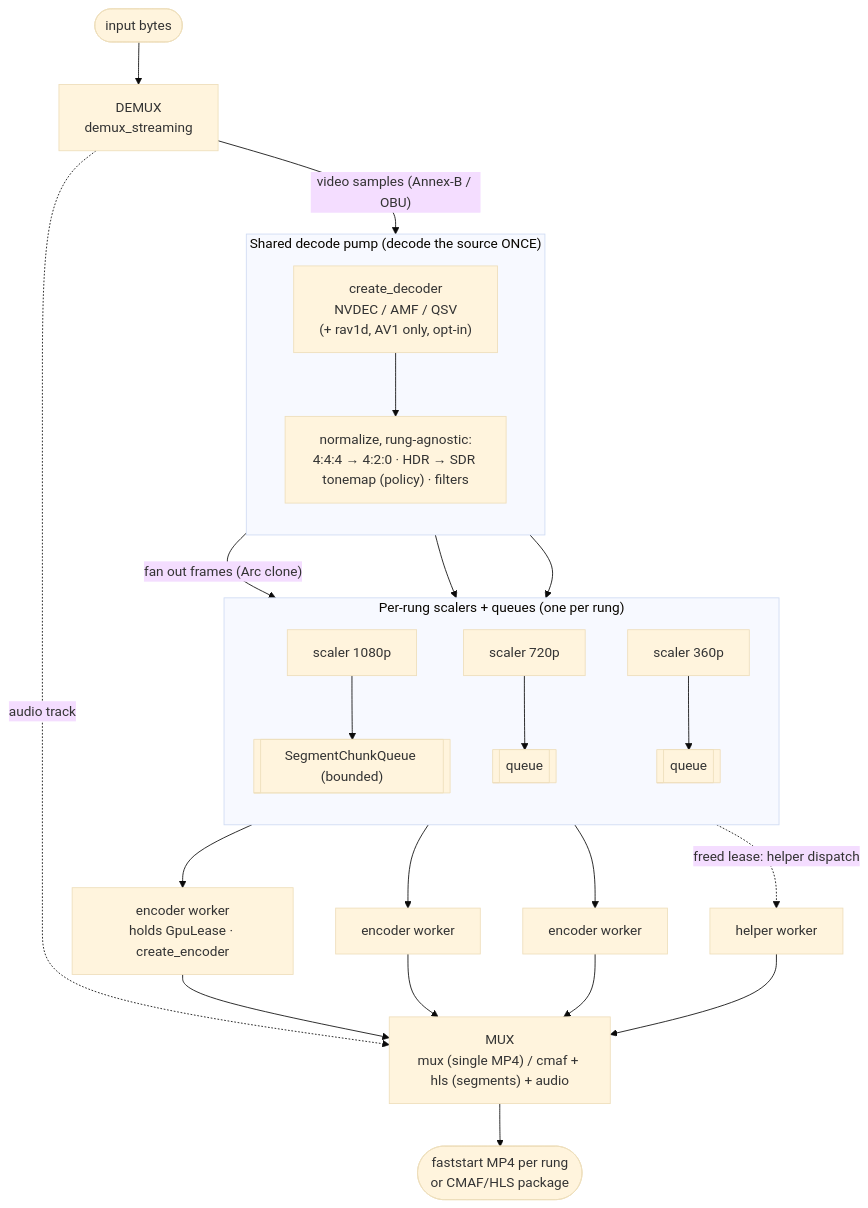
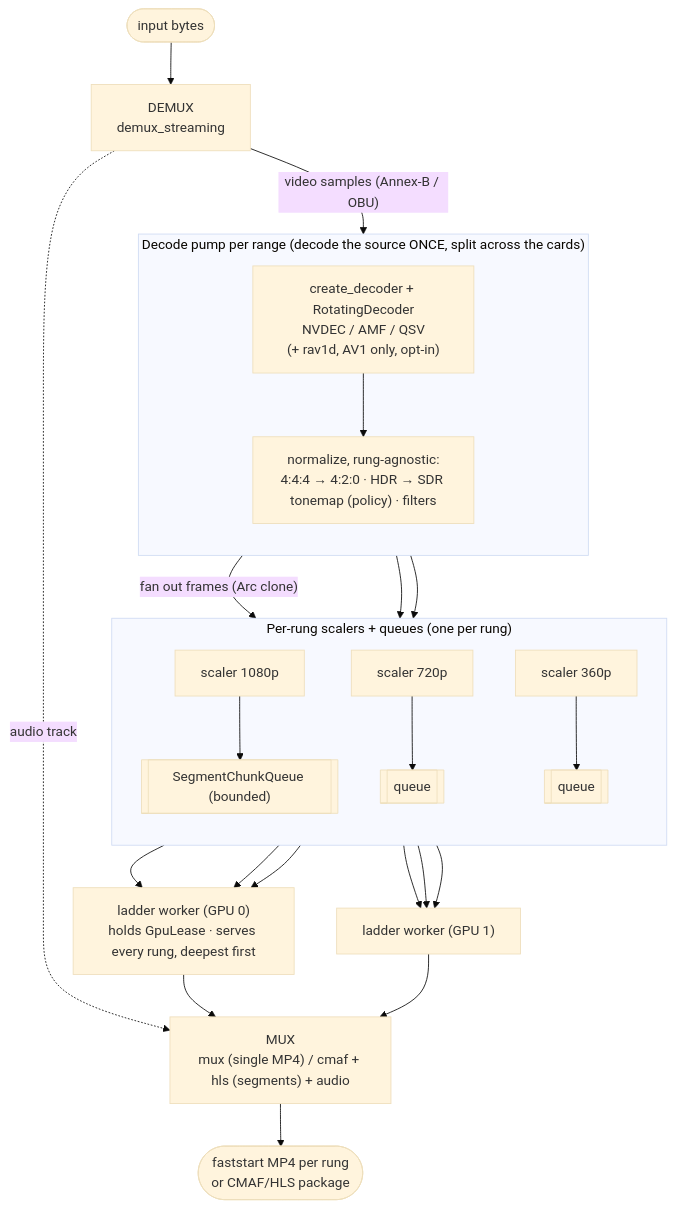
The first of 2 diagrams in docs/pipeline.md (rivet-transcoder/rivet), drawn with Mermaid (base theme) before and after one commit. The commit also changed other lines of this file and 4 other files, not shown here.

````diff
--- a/docs/pipeline.md
+++ b/docs/pipeline.md
@@ -29,36 +29,36 @@
 ```mermaid
 flowchart TD
     IN([input bytes]) --> DEMUX["DEMUX<br/>demux_streaming"]
     DEMUX -.->|audio track| MUX
     DEMUX -->|"video samples (Annex-B / OBU)"| DEC
 
-    subgraph PUMP["Shared decode pump (decode the source ONCE)"]
+    subgraph PUMP["Decode pump per range (decode the source ONCE, split across the cards)"]
         direction TB
-        DEC["create_decoder<br/>NVDEC / AMF / QSV<br/>(+ rav1d, AV1 only, opt-in)"]
+        DEC["create_decoder + RotatingDecoder<br/>NVDEC / AMF / QSV<br/>(+ rav1d, AV1 only, opt-in)"]
         DEC --> NORM["normalize, rung-agnostic:<br/>4:4:4 → 4:2:0 · HDR → SDR tonemap (policy) · filters"]
     end
 
     NORM -->|"fan out frames (Arc clone)"| SC1
     NORM --> SC2
     NORM --> SC3
 
     subgraph SCALERS["Per-rung scalers + queues (one per rung)"]
         direction TB
         SC1["scaler 1080p"] --> Q1[["SegmentChunkQueue (bounded)"]]
         SC2["scaler 720p"] --> Q2[["queue"]]
         SC3["scaler 360p"] --> Q3[["queue"]]
     end
 
-    Q1 --> W1["encoder worker<br/>holds GpuLease · create_encoder"]
-    Q2 --> W2["encoder worker"]
-    Q3 --> W3["encoder worker"]
-    Q2 -.->|"freed lease: helper dispatch"| H1["helper worker"]
+    Q1 --> W1["ladder worker (GPU 0)<br/>holds GpuLease · serves every rung, deepest first"]
+    Q2 --> W1
+    Q3 --> W1
+    Q1 --> W2["ladder worker (GPU 1)"]
+    Q2 --> W2
+    Q3 --> W2
 
     W1 --> MUX
     W2 --> MUX
-    W3 --> MUX
-    H1 --> MUX
 
     MUX["MUX<br/>mux (single MP4) / cmaf + hls (segments) + audio"]
     MUX --> OUT([faststart MP4 per rung<br/>or CMAF/HLS package])
 ```
````
